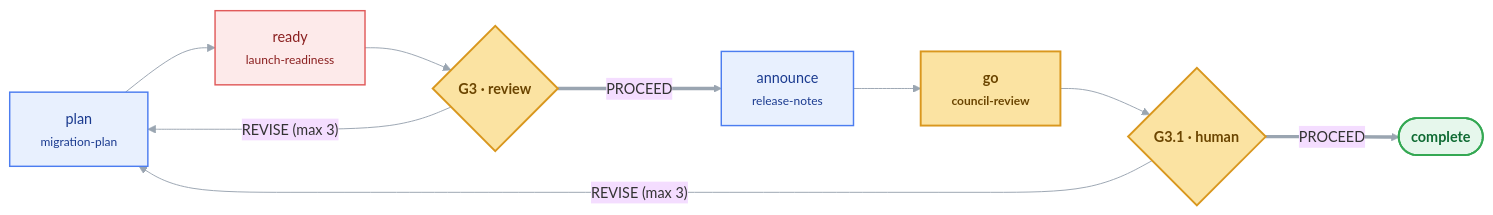
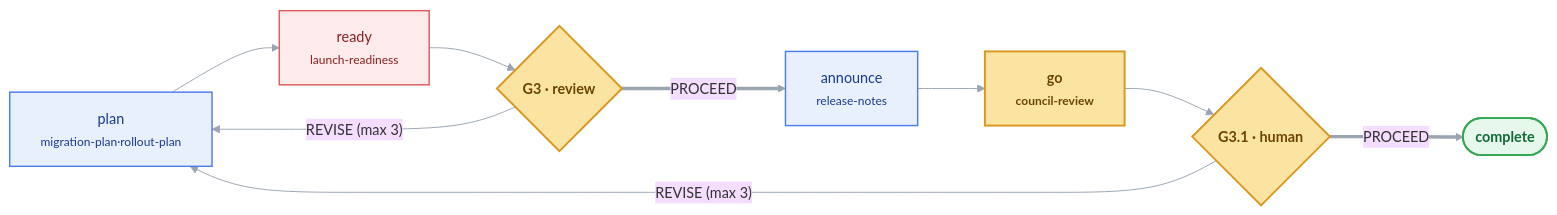
Before and after one commit to sananthanarayan/skilldrop: the diagram in docs/loops/release.mmd, drawn with Mermaid. The commit also changed 75 other files, not shown here.

First line of the commit message:
skills: rollout-plan and refactor-plan, revised and admitted on fresh held-out evals (0.16.31)

```diff
--- a/docs/loops/release.mmd
+++ b/docs/loops/release.mmd
@@ -1,24 +1,24 @@
 %%{init: {'theme':'base','themeVariables':{'fontFamily':'Segoe UI, Helvetica, Arial','fontSize':'15px','lineColor':'#9AA5B1'},'flowchart':{'curve':'basis','rankSpacing':70,'nodeSpacing':50,'padding':16}}}%%
 flowchart LR
     classDef gen    fill:#E8F0FE,stroke:#4C7DF0,stroke-width:1.5px,color:#1A3A8F;
     classDef review fill:#FDEAEA,stroke:#E05B5B,stroke-width:1.5px,color:#8A1F1F;
     classDef gate   fill:#FBE3A2,stroke:#D9971E,stroke-width:2px,color:#6B4500,font-weight:bold;
     classDef ship   fill:#E6F7EC,stroke:#34A853,stroke-width:2px,color:#0F6B33,font-weight:bold;
 
-    plan["plan<br/><small>migration-plan</small>"]:::gen
+    plan["plan<br/><small>migration-plan·rollout-plan</small>"]:::gen
     ready["ready<br/><small>launch-readiness</small>"]:::review
     announce["announce<br/><small>release-notes</small>"]:::gen
     go["go<br/><small>council-review</small>"]:::gate
     G3{"G3 · review"}:::gate
     G3_1{"G3.1 · human"}:::gate
     DONE(["complete"]):::ship
 
     plan --> ready
     ready --> G3
     G3 == "PROCEED" ==> announce
     announce --> go
     go --> G3_1
     G3_1 == "PROCEED" ==> DONE
 
     G3 -- "REVISE (max 3)" --> plan
     G3_1 -- "REVISE (max 3)" --> plan
```
